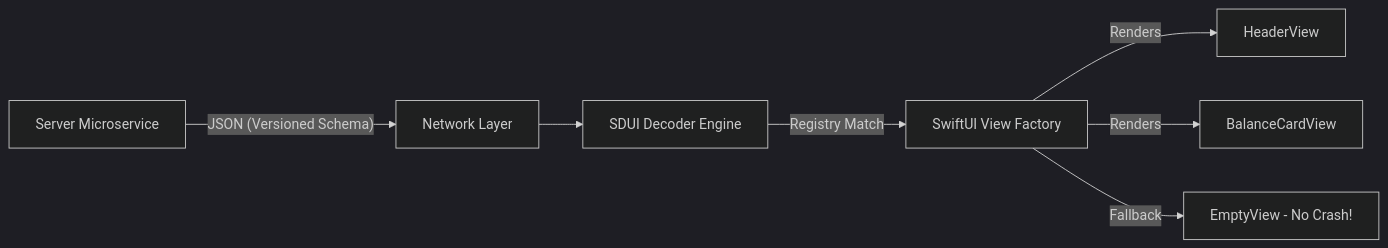
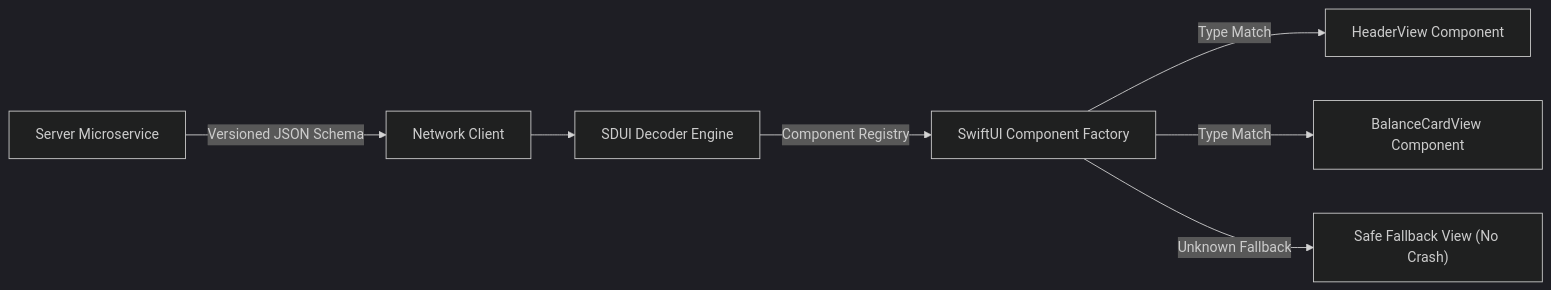
Before and after one commit to vineetsansare/iOSInterviewQnA: the ninth of 10 diagrams in iOS_Tech_Lead_Prep_Master_Guide.md, drawn with Mermaid (dark theme). The commit also changed other lines of this file and 1 other file, not shown here.

Commit message:
fix: sanitize organization references and fix all Mermaid diagram syntax errors

````diff
--- a/iOS_Tech_Lead_Prep_Master_Guide.md
+++ b/iOS_Tech_Lead_Prep_Master_Guide.md
@@ -339,9 +345,9 @@
 ```mermaid
-graph LR
-    Backend[Server Microservice] -- "JSON (Versioned Schema)" --> API[Network Layer]
-    API --> Decoder[SDUI Decoder Engine]
-    Decoder -- "Registry Match" --> ViewFactory[SwiftUI View Factory]
-    ViewFactory -- "Renders" --> View1[HeaderView]
-    ViewFactory -- "Renders" --> View2[BalanceCardView]
-    ViewFactory -- "Fallback" --> View3[EmptyView - No Crash!]
+flowchart LR
+    Backend["Server Microservice"] -->|"Versioned JSON Schema"| API["Network Client"]
+    API --> Decoder["SDUI Decoder Engine"]
+    Decoder -->|"Component Registry"| Factory["SwiftUI Component Factory"]
+    Factory -->|"Type Match"| V1["HeaderView Component"]
+    Factory -->|"Type Match"| V2["BalanceCardView Component"]
+    Factory -->|"Unknown Fallback"| V3["Safe Fallback View (No Crash)"]
 ```
````
